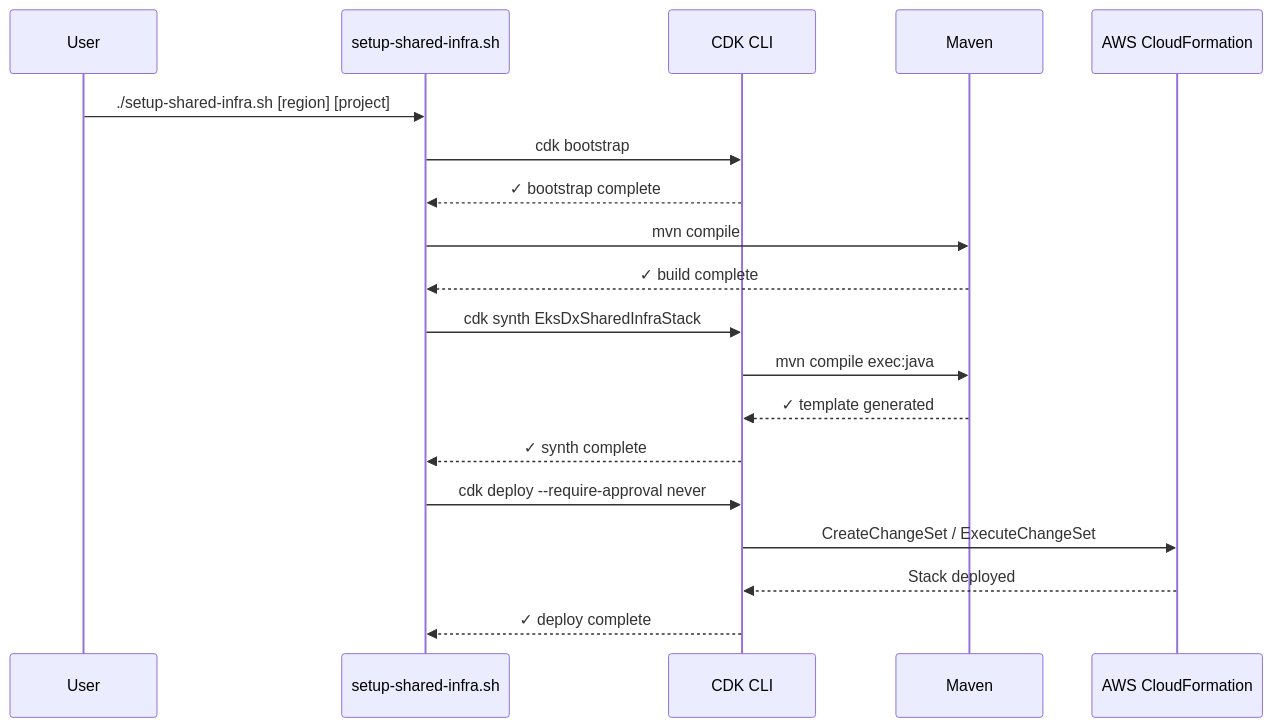
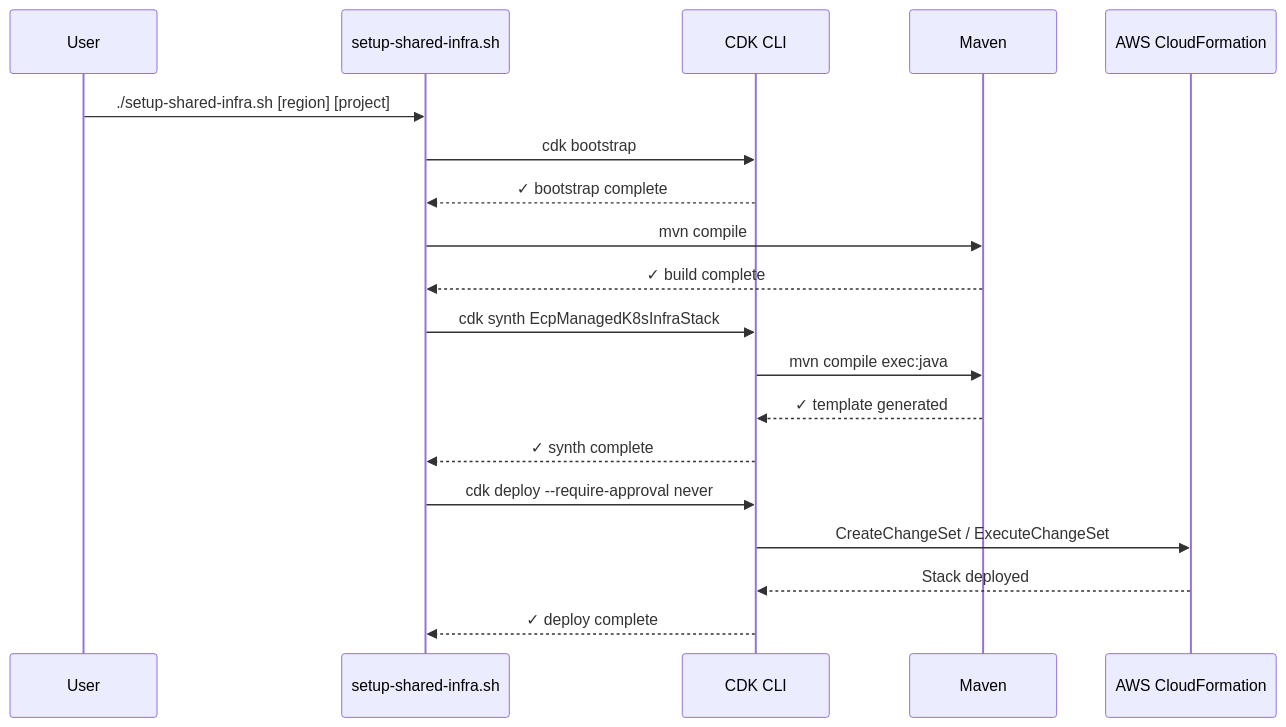
The first of 4 diagrams in .agents/summary/workflows.md (codriverlabs/express-compute-managed-k8s-infra), drawn with Mermaid before and after one commit. The commit also changed other lines of this file and 16 other files, not shown here.

First line of the commit message:
refactor: rebrand to Express Compute Managed K8s Infra

````diff
--- a/.agents/summary/workflows.md
+++ b/.agents/summary/workflows.md
@@ -5,22 +5,22 @@
 ```mermaid
 sequenceDiagram
     participant User
     participant Script as setup-shared-infra.sh
     participant CDK as CDK CLI
     participant Maven
     participant AWS as AWS CloudFormation
 
     User->>Script: ./setup-shared-infra.sh [region] [project]
     Script->>CDK: cdk bootstrap
     CDK-->>Script: ✓ bootstrap complete
     Script->>Maven: mvn compile
     Maven-->>Script: ✓ build complete
-    Script->>CDK: cdk synth EksDxSharedInfraStack
+    Script->>CDK: cdk synth EcpManagedK8sInfraStack
     CDK->>Maven: mvn compile exec:java
     Maven-->>CDK: ✓ template generated
     CDK-->>Script: ✓ synth complete
     Script->>CDK: cdk deploy --require-approval never
     CDK->>AWS: CreateChangeSet / ExecuteChangeSet
     AWS-->>CDK: Stack deployed
     CDK-->>Script: ✓ deploy complete
 ```
````
